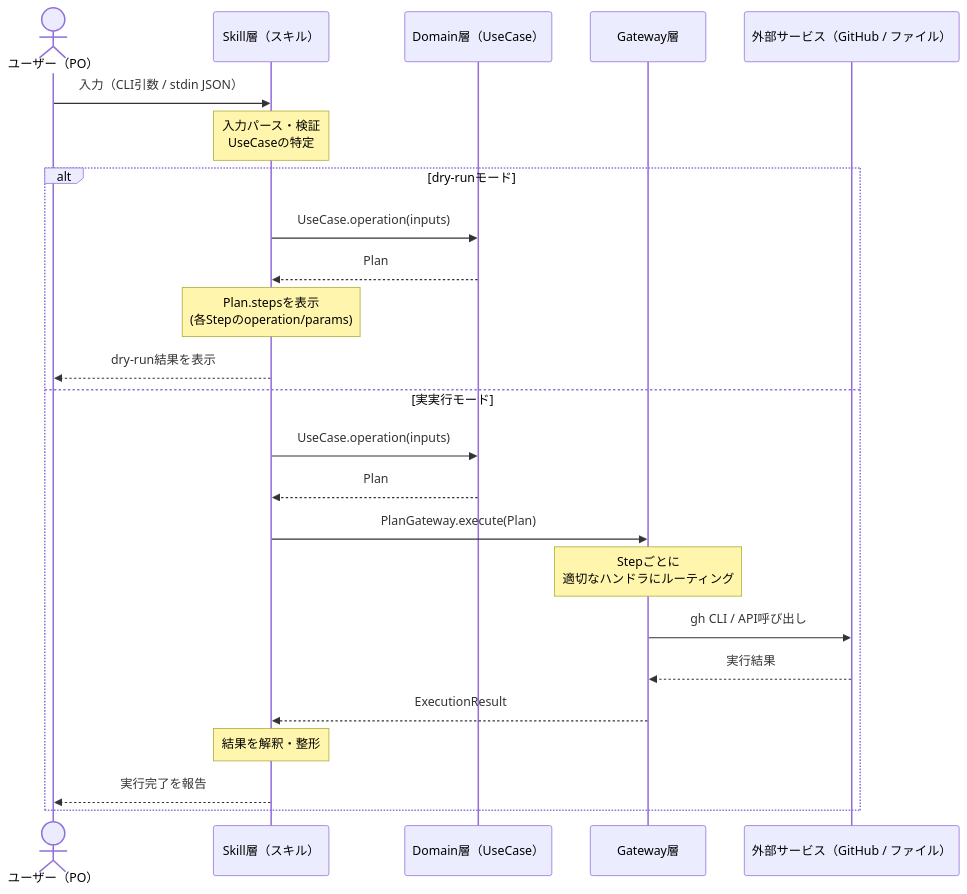
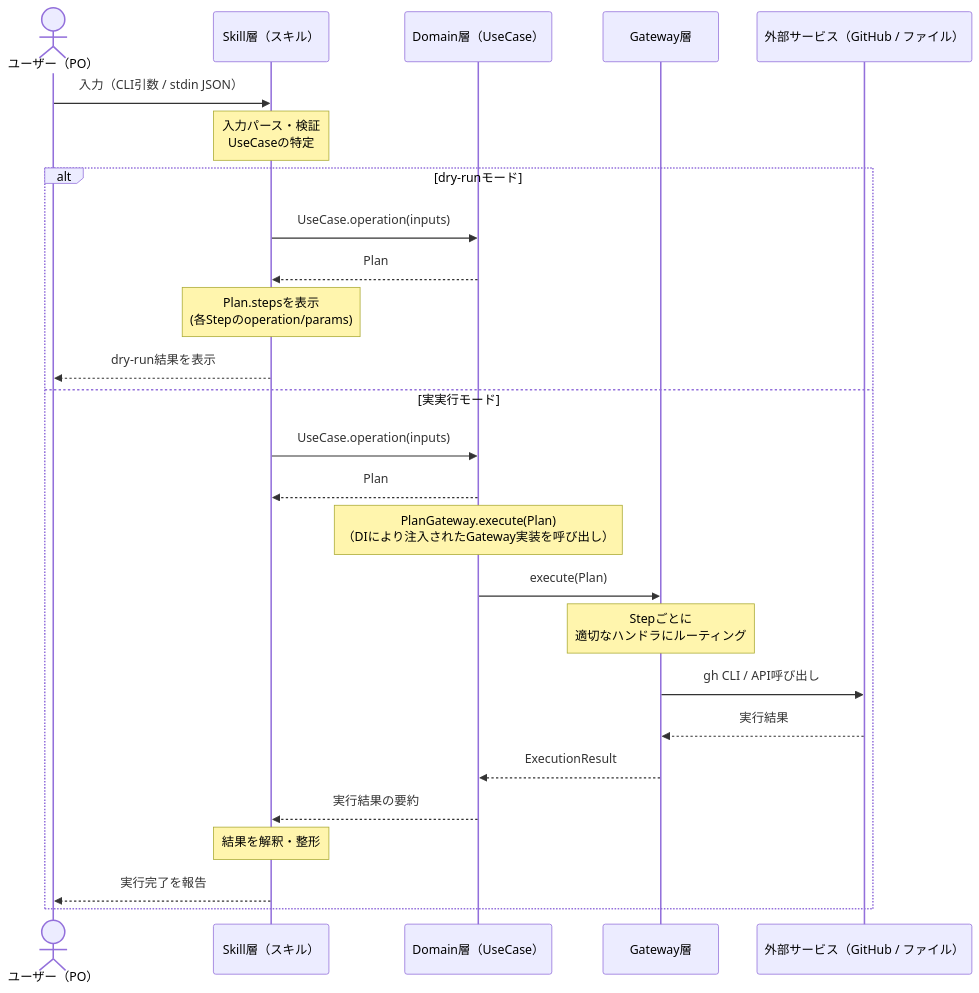
The second of 11 diagrams in guides/architecture-design.md (future-trajectory-official/global-harness-manager), drawn with Mermaid before and after one commit. The commit also changed other lines of this file, not shown here.

````diff
--- a/guides/architecture-design.md
+++ b/guides/architecture-design.md
@@ -895,29 +895,31 @@
 ```mermaid
 sequenceDiagram
     actor User as ユーザー（PO）
     participant Skill as Skill層（スキル）
     participant Domain as Domain層（UseCase）
     participant Gateway as Gateway層
     participant External as 外部サービス（GitHub / ファイル）
 
     User->>Skill: 入力（CLI引数 / stdin JSON）
 
     Note over Skill: 入力パース・検証<br/>UseCaseの特定
 
     alt dry-runモード
         Skill->>Domain: UseCase.operation(inputs)
         Domain-->>Skill: Plan
         Note over Skill: Plan.stepsを表示<br/>(各Stepのoperation/params)
         Skill-->>User: dry-run結果を表示
     else 実実行モード
         Skill->>Domain: UseCase.operation(inputs)
         Domain-->>Skill: Plan
-        Skill->>Gateway: PlanGateway.execute(Plan)
+        Note over Domain: PlanGateway.execute(Plan)<br/>（DIにより注入されたGateway実装を呼び出し）
+        Domain->>Gateway: execute(Plan)
         Note over Gateway: Stepごとに<br/>適切なハンドラにルーティング
         Gateway->>External: gh CLI / API呼び出し
         External-->>Gateway: 実行結果
-        Gateway-->>Skill: ExecutionResult
+        Gateway-->>Domain: ExecutionResult
+        Domain-->>Skill: 実行結果の要約
         Note over Skill: 結果を解釈・整形
         Skill-->>User: 実行完了を報告
     end
 ```
````
